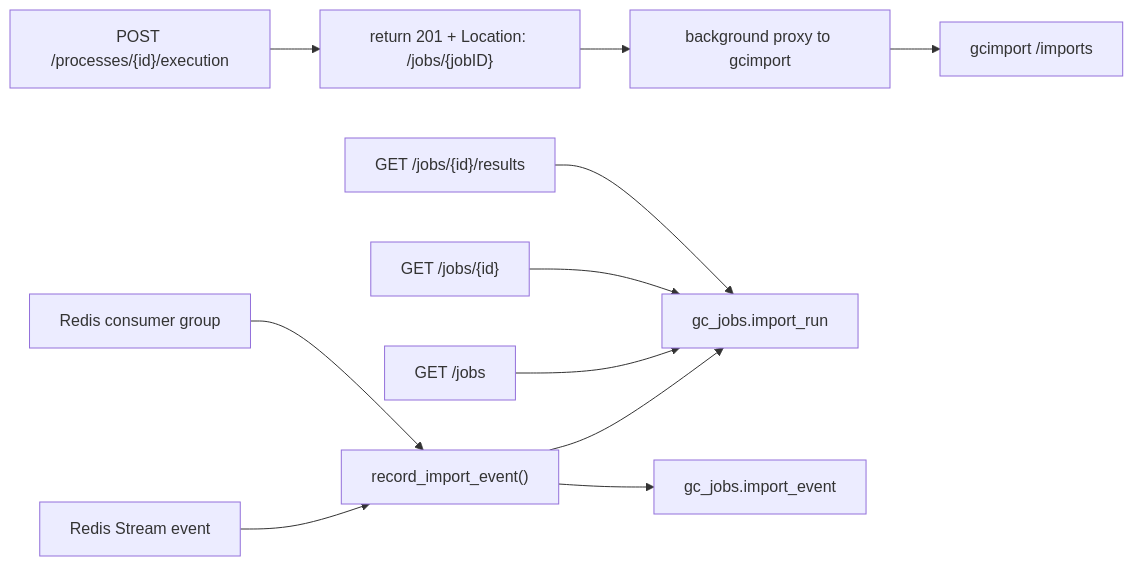
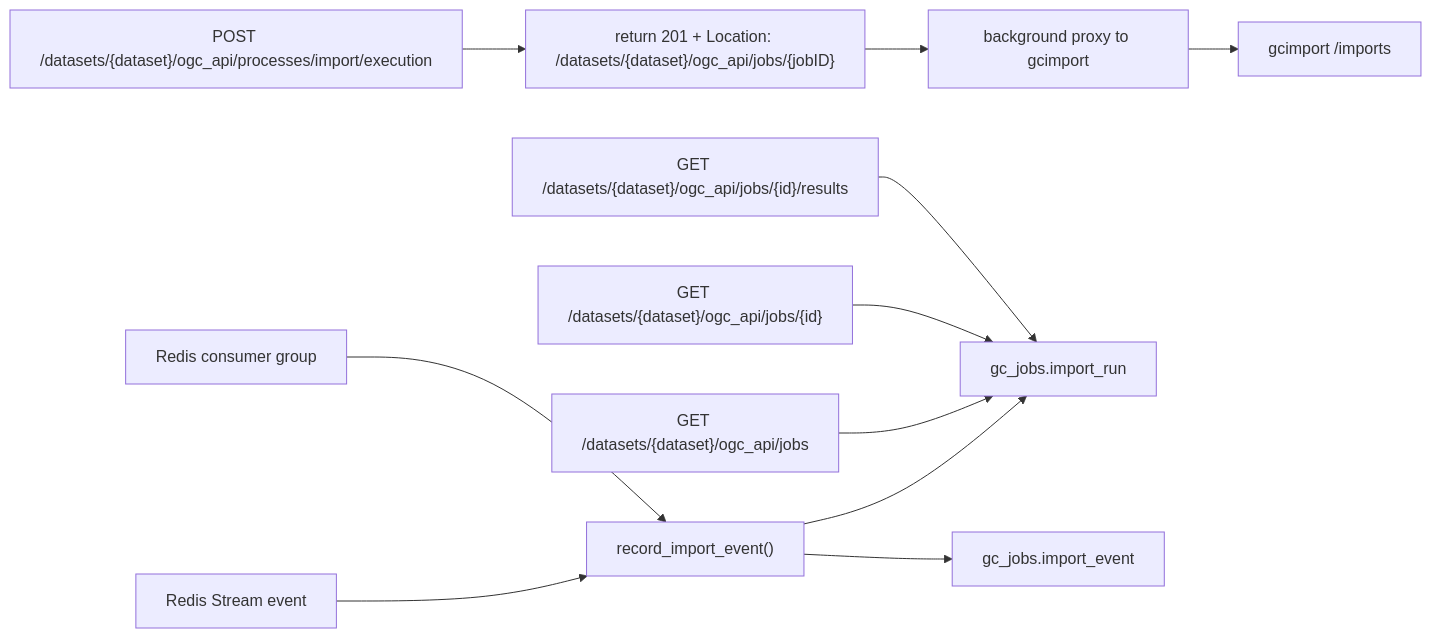
One commit to kartverket/topografisk-gdb-api changed the fifth of 10 diagrams in docs/ARCHITECTURE.md. Above: the diagram before and after it, drawn with Mermaid. The commit also changed other lines of this file and 16 other files, not shown here.

````diff
--- a/docs/ARCHITECTURE.md
+++ b/docs/ARCHITECTURE.md
@@ -210,13 +210,13 @@
 ```mermaid
 flowchart LR
-  START["POST /processes/{id}/execution"] --> ACCEPT["return 201 + Location: /jobs/{jobID}"]
+  START["POST /datasets/{dataset}/ogc_api/processes/import/execution"] --> ACCEPT["return 201 + Location: /datasets/{dataset}/ogc_api/jobs/{jobID}"]
   ACCEPT --> PROXY["background proxy to gcimport"]
   EV["Redis Stream event"] --> WRITE["record_import_event()"]
   WRITE --> RUN["gc_jobs.import_run"]
   WRITE --> LOG["gc_jobs.import_event"]
-  READ1["GET /jobs"] --> RUN
-  READ2["GET /jobs/{id}"] --> RUN
-  READ3["GET /jobs/{id}/results"] --> RUN
+  READ1["GET /datasets/{dataset}/ogc_api/jobs"] --> RUN
+  READ2["GET /datasets/{dataset}/ogc_api/jobs/{id}"] --> RUN
+  READ3["GET /datasets/{dataset}/ogc_api/jobs/{id}/results"] --> RUN
   PROXY --> GCIMPORT["gcimport /imports"]
   REDIS["Redis consumer group"] --> WRITE
 ```
````
